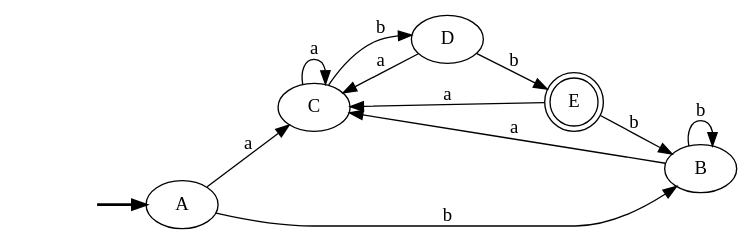
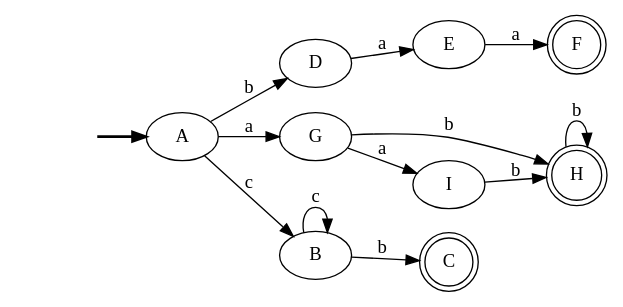
One commit to Estuardo07/Lab_B changed the diagram in output/AFD.gv. Above: the diagram before and after it, drawn with Graphviz. The commit also changed 8 other files, not shown here.

```diff
--- a/output/AFD.gv
+++ b/output/AFD.gv
@@ -1,20 +1,25 @@
 digraph {
 	fake [style=invisible]
 	D
-	C
-	E [shape=doublecircle]
+	G
+	H [shape=doublecircle]
+	I
+	E
+	F [shape=doublecircle]
+	C [shape=doublecircle]
+	A [root=true]
 	B
-	A [root=true]
 	fake -> A [style=bold]
-	A -> C [label=a]
-	C -> D [label=b]
-	D -> E [label=b]
-	A -> B [label=b]
-	B -> B [label=b]
-	D -> C [label=a]
-	C -> C [label=a]
-	B -> C [label=a]
-	E -> B [label=b]
-	E -> C [label=a]
+	H -> H [label=b]
+	I -> H [label=b]
+	A -> G [label=a]
+	A -> B [label=c]
+	A -> D [label=b]
+	D -> E [label=a]
+	E -> F [label=a]
+	G -> I [label=a]
+	G -> H [label=b]
+	B -> B [label=c]
+	B -> C [label=b]
 	rankdir=LR
 }
```
